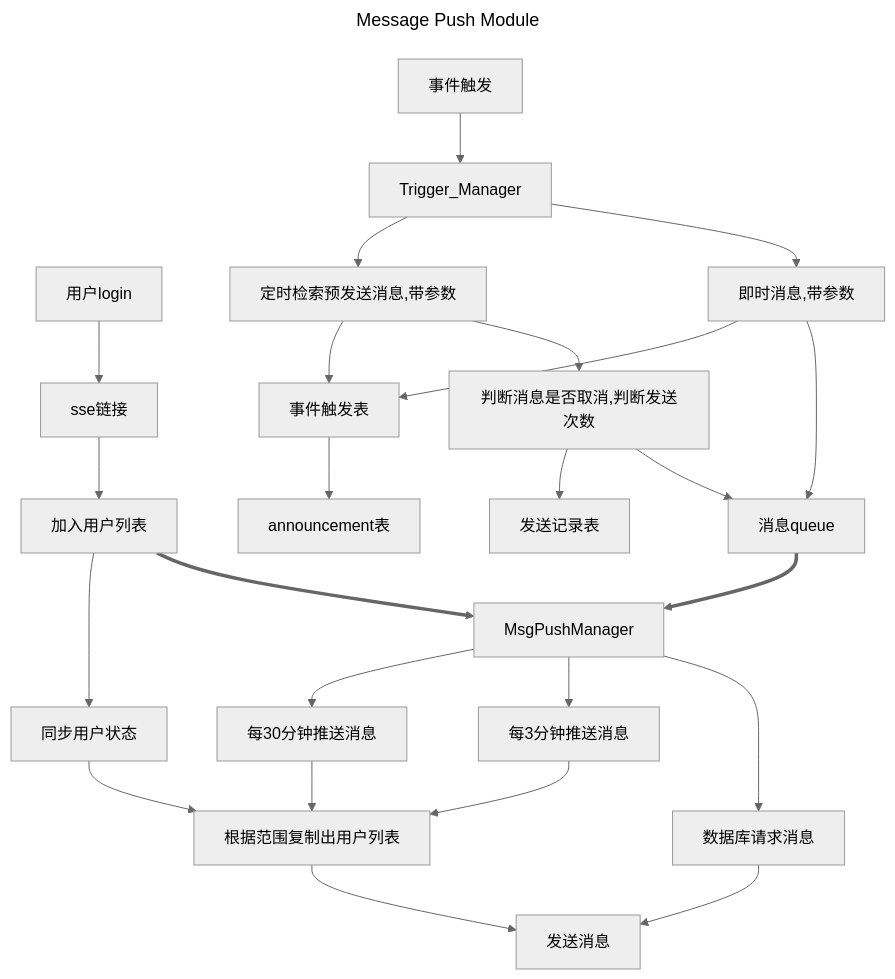
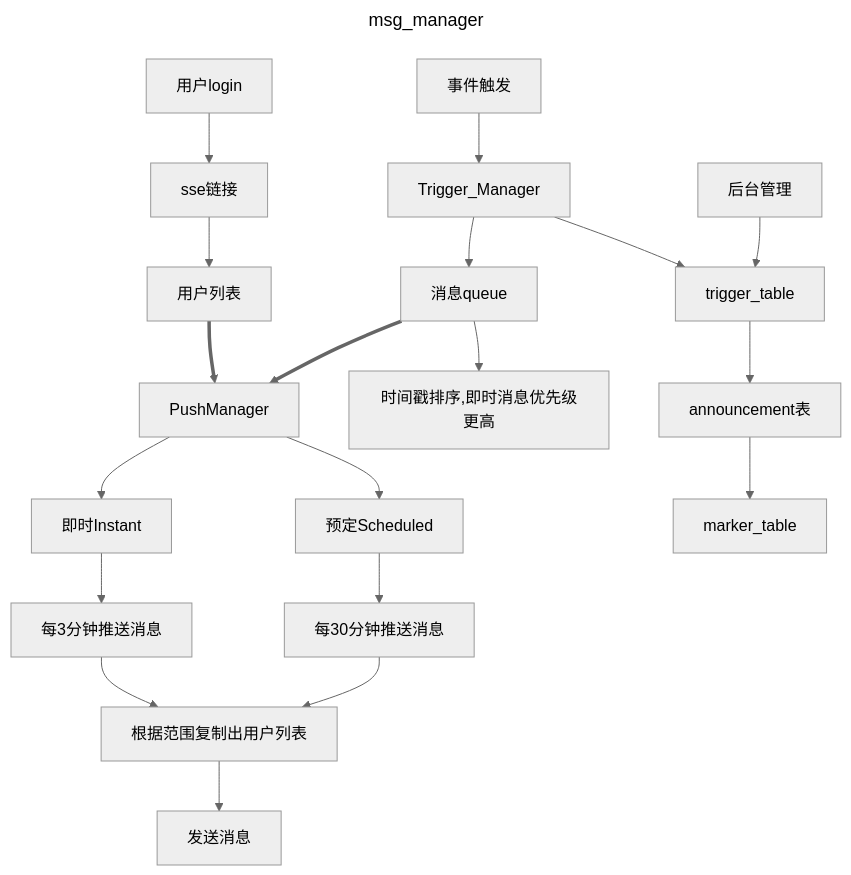
One commit to redeyehare/framework changed the fourth of 7 diagrams in docment/开发记录.md. Above: the diagram before and after it, drawn with Mermaid (neutral theme). The commit also changed other lines of this file and 1 other file, not shown here.

````diff
--- a/docment/开发记录.md
+++ b/docment/开发记录.md
@@ -68,25 +144,20 @@
 ```mermaid
 ---
-title: Message Push Module
+title: msg_manager
 ---
 graph TD
 
-用户login-->sse链接-->加入用户列表==>MsgPushManager
-加入用户列表-->同步用户状态
-
-事件触发-->Trigger_Manager-->即时消息,带参数-->消息queue==>MsgPushManager-->数据库请求消息
-数据库请求消息--> 发送消息
-
-MsgPushManager-->每3分钟推送消息-->根据范围复制出用户列表
-MsgPushManager-->每30分钟推送消息-->根据范围复制出用户列表--> 发送消息
-同步用户状态-->根据范围复制出用户列表
-
-Trigger_Manager-->定时检索预发送消息,带参数-->判断消息是否取消,判断发送次数-->消息queue
-
-判断消息是否取消,判断发送次数-->发送记录表
-定时检索预发送消息,带参数-->事件触发表
-
-即时消息,带参数-->事件触发表-->announcement表
+用户login-->sse链接-->用户列表==>PushManager
 
 
+事件触发-->Trigger_Manager-->消息queue==>PushManager
+消息queue-->时间戳排序,即时消息优先级更高
+PushManager-->即时Instant-->每3分钟推送消息-->根据范围复制出用户列表
+PushManager-->预定Scheduled-->每30分钟推送消息-->根据范围复制出用户列表--> 发送消息
+
+
+Trigger_Manager-->trigger_table-->announcement表-->marker_table
+
+后台管理-->trigger_table
+
 ```
````
